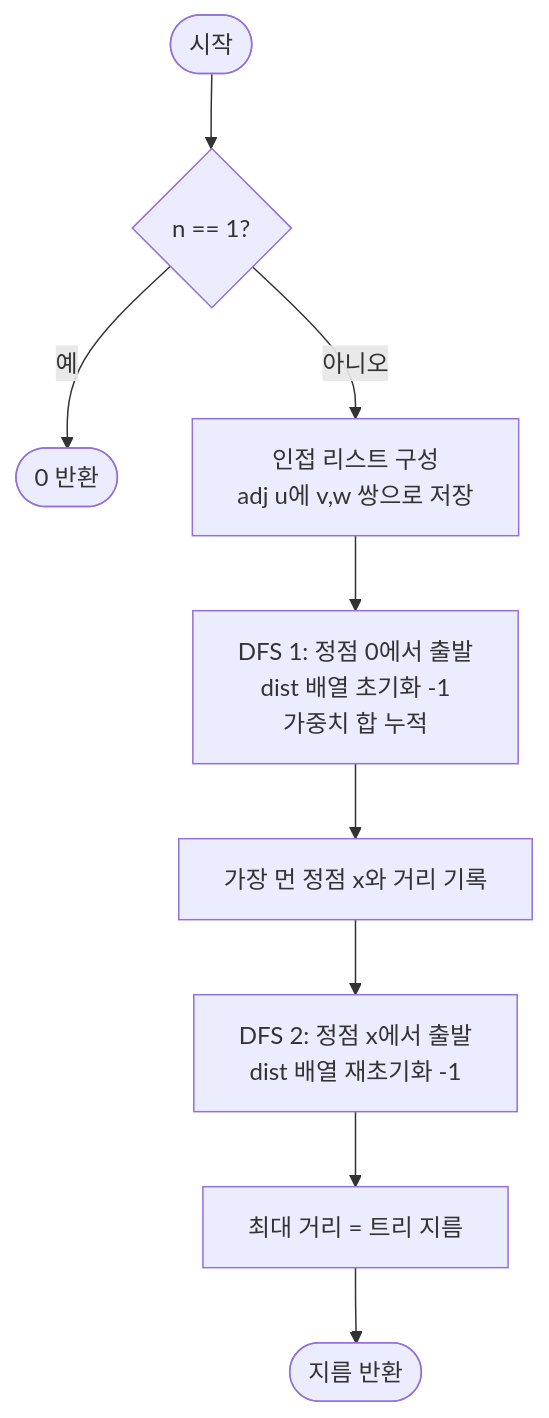
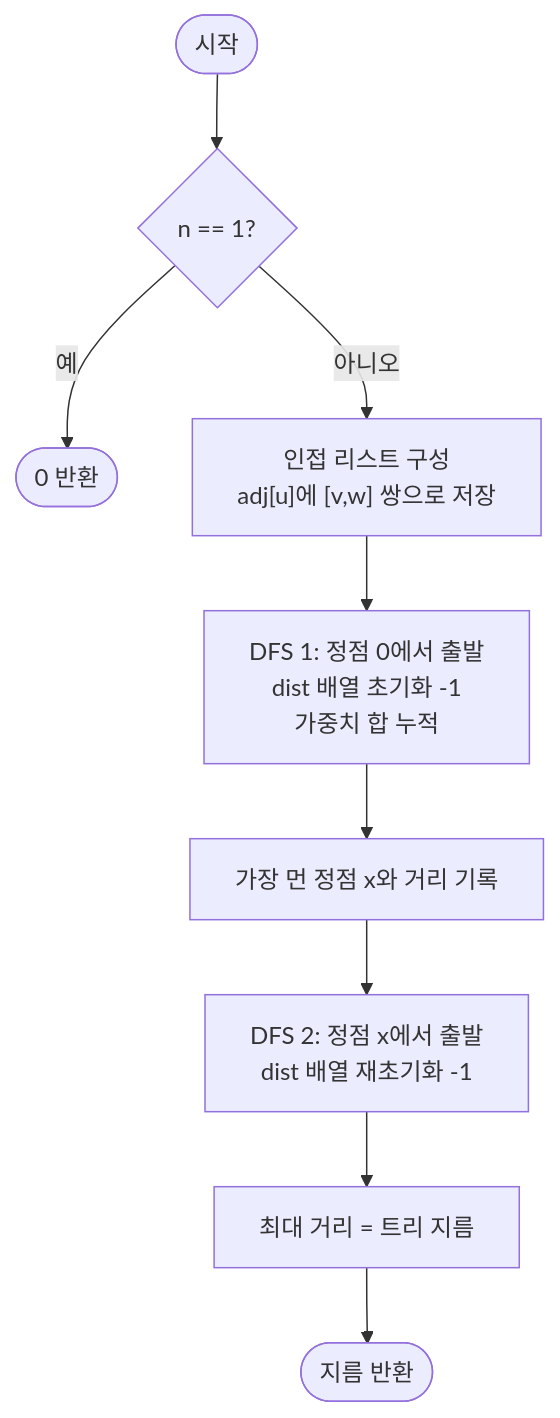
One commit to centurio1987/grow-up-programming changed the diagram in src/algorithms/tree/treeDiameter/treeDiameter-guide.mdx. Above: the diagram before and after it, drawn with Mermaid. The commit also changed other lines of this file and 18 other files, not shown here.

````diff
--- a/src/algorithms/tree/treeDiameter/treeDiameter-guide.mdx
+++ b/src/algorithms/tree/treeDiameter/treeDiameter-guide.mdx
@@ -310,11 +342,11 @@
 ```mermaid
 flowchart TD
-    A([시작]) --> B{n == 1?}
+    A([시작]) --> B{"n == 1?"}
     B -- 예 --> C([0 반환])
-    B -- 아니오 --> D[인접 리스트 구성\nadj u에 v,w 쌍으로 저장]
-    D --> E[DFS 1: 정점 0에서 출발\ndist 배열 초기화 -1\n가중치 합 누적]
-    E --> F[가장 먼 정점 x와 거리 기록]
-    F --> G[DFS 2: 정점 x에서 출발\ndist 배열 재초기화 -1]
-    G --> H[최대 거리 = 트리 지름]
+    B -- 아니오 --> D["인접 리스트 구성<br/>adj[u]에 [v,w] 쌍으로 저장"]
+    D --> E["DFS 1: 정점 0에서 출발<br/>dist 배열 초기화 -1<br/>가중치 합 누적"]
+    E --> F["가장 먼 정점 x와 거리 기록"]
+    F --> G["DFS 2: 정점 x에서 출발<br/>dist 배열 재초기화 -1"]
+    G --> H["최대 거리 = 트리 지름"]
     H --> I([지름 반환])
 ```
````
